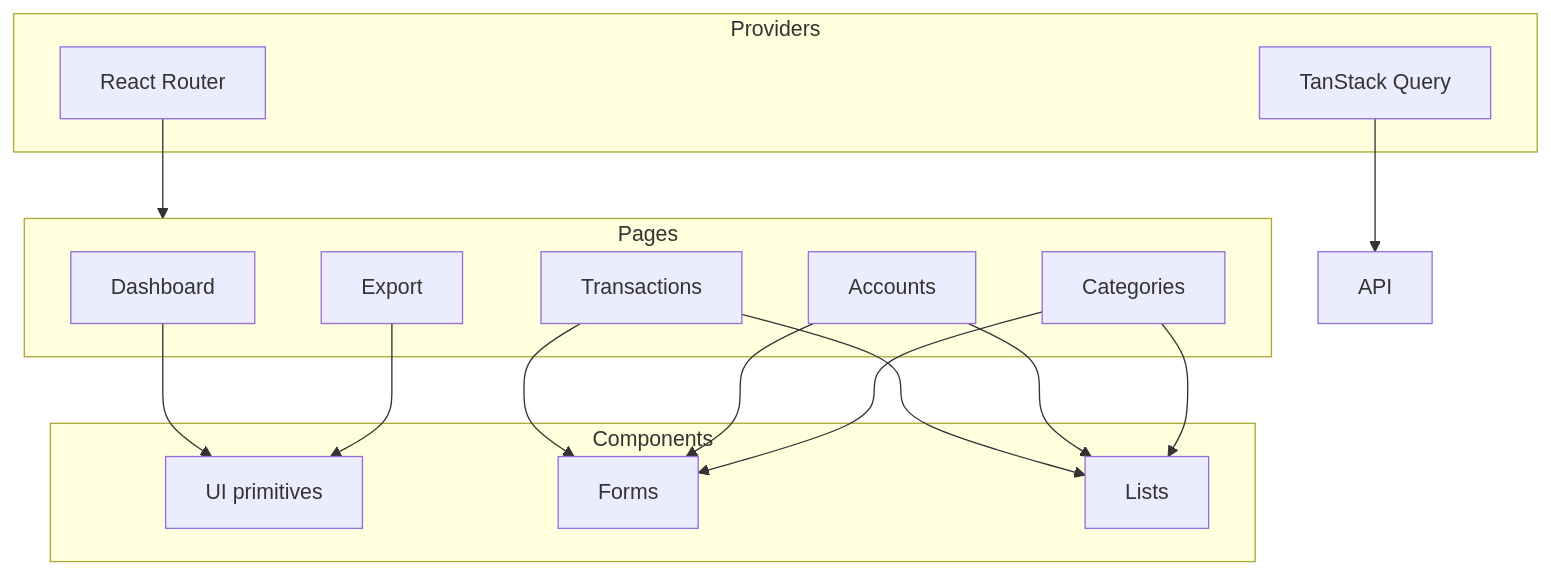
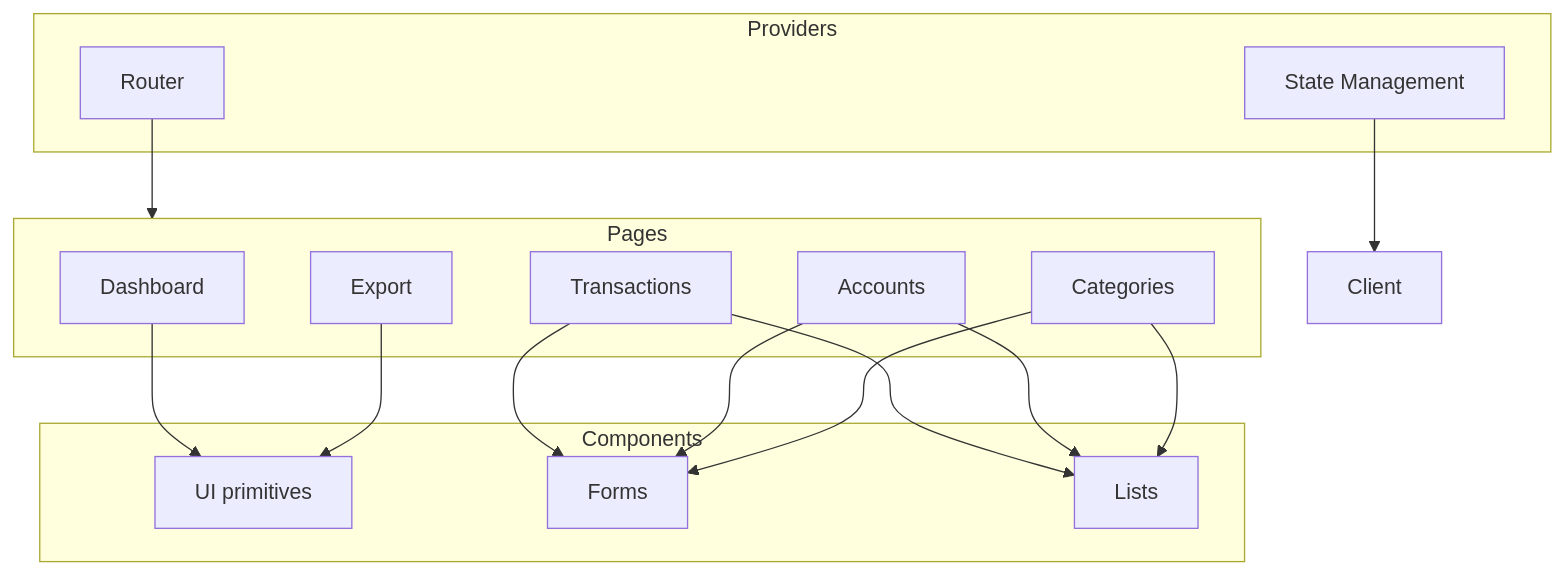
Before and after one commit to JorgeSDiaz/Financial_Manager_F: the third of 4 diagrams in README.md, drawn with Mermaid. The commit also changed other lines of this file, not shown here.

Commit message:
docs: make architecture diagrams generic (no tech specifics)

````diff
--- a/README.md
+++ b/README.md
@@ -135,33 +135,33 @@
 ```mermaid
 graph TB
     subgraph Pages
         Dashboard[Dashboard]
         Transactions[Transactions]
         Accounts[Accounts]
         Categories[Categories]
         Export[Export]
     end
     
     subgraph Components
         UI[UI primitives]
         Forms[Forms]
         Lists[Lists]
     end
     
     subgraph Providers
-        Query[TanStack Query]
-        Router[React Router]
+        Query[State Management]
+        Router[Router]
     end
     
     Dashboard --> UI
     Transactions --> Forms
     Transactions --> Lists
     Accounts --> Forms
     Accounts --> Lists
     Categories --> Forms
     Categories --> Lists
     Export --> UI
     
-    Query --> API
+    Query --> Client
     Router --> Pages
 ```
````
